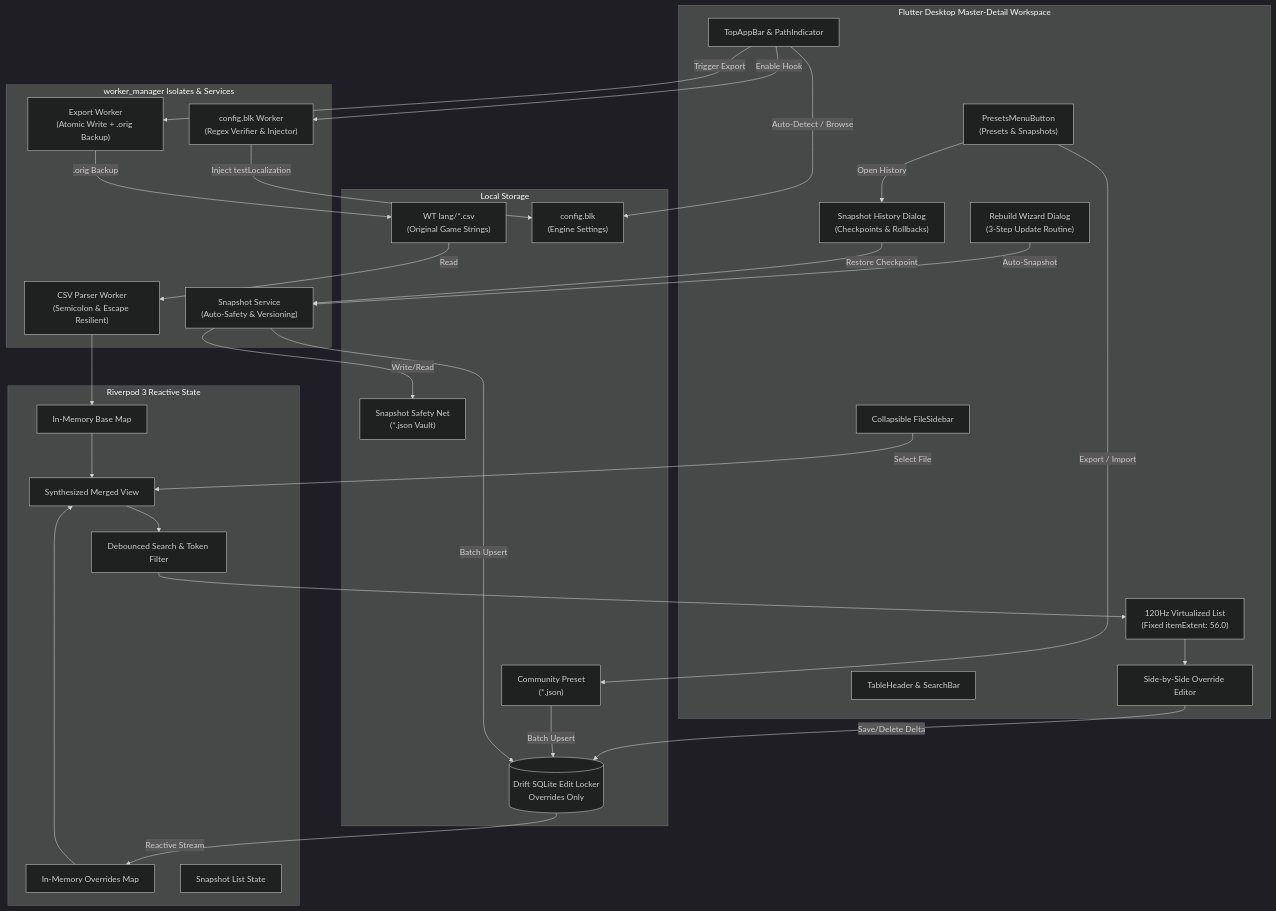
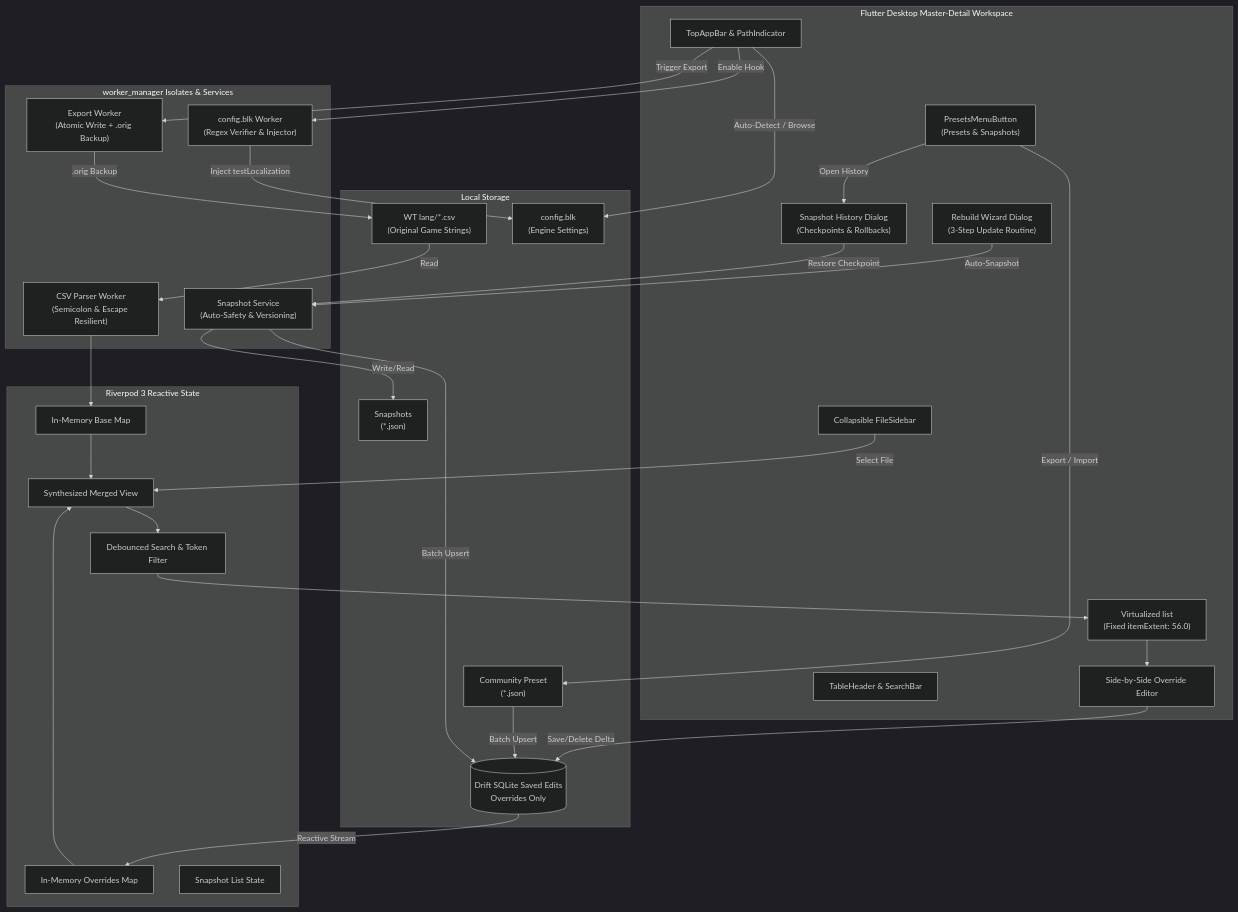
One commit to Vonarian/gramercy changed the diagram in README.md. Above: the diagram before and after it, drawn with Mermaid (dark theme). The commit also changed other lines of this file and 6 other files, not shown here.

````diff
--- a/README.md
+++ b/README.md
@@ -157,59 +161,59 @@
 ```mermaid
 flowchart TD
     subgraph Disk [Local Storage]
         WTCSV["WT lang/*.csv\n(Original Game Strings)"]
         WTConfig["config.blk\n(Engine Settings)"]
-        DB[(Drift SQLite Edit Locker\nOverrides Only)]
-        SnapshotVault["Snapshot Safety Net\n(*.json Vault)"]
+        DB[(Drift SQLite Saved Edits\nOverrides Only)]
+        SnapshotVault["Snapshots\n(*.json)"]
         PresetFile["Community Preset\n(*.json)"]
     end
 
     subgraph Background [worker_manager Isolates & Services]
         ParserWorker["CSV Parser Worker\n(Semicolon & Escape Resilient)"]
         ExportWorker["Export Worker\n(Atomic Write + .orig Backup)"]
         HookWorker["config.blk Worker\n(Regex Verifier & Injector)"]
         SnapService["Snapshot Service\n(Auto-Safety & Versioning)"]
     end
 
     subgraph Memory [Riverpod 3 Reactive State]
         BaseMap["In-Memory Base Map"]
         OverrideMap["In-Memory Overrides Map"]
         Synth["Synthesized Merged View"]
         Filter["Debounced Search & Token Filter"]
         SnapList["Snapshot List State"]
     end
 
     subgraph UI [Flutter Desktop Master-Detail Workspace]
         TopBar["TopAppBar & PathIndicator"]
         PresetBtn["PresetsMenuButton\n(Presets & Snapshots)"]
         SnapshotModal["Snapshot History Dialog\n(Checkpoints & Rollbacks)"]
         RebuildModal["Rebuild Wizard Dialog\n(3-Step Update Routine)"]
         Sidebar["Collapsible FileSidebar"]
         Header["TableHeader & SearchBar"]
-        AppUI["120Hz Virtualized List\n(Fixed itemExtent: 56.0)"]
+        AppUI["Virtualized list\n(Fixed itemExtent: 56.0)"]
         EditModal["Side-by-Side Override Editor"]
     end
 
     WTCSV -->|Read| ParserWorker
     ParserWorker --> BaseMap
     DB -->|Reactive Stream| OverrideMap
     BaseMap --> Synth
     OverrideMap --> Synth
     Synth --> Filter
     Filter --> AppUI
     Sidebar -->|Select File| Synth
     TopBar -->|Auto-Detect / Browse| WTConfig
     TopBar -->|Trigger Export| ExportWorker
     AppUI --> EditModal
     EditModal -->|Save/Delete Delta| DB
     ExportWorker -->|.orig Backup| WTCSV
     TopBar -->|Enable Hook| HookWorker
     HookWorker -->|Inject testLocalization| WTConfig
     PresetBtn -->|Export / Import| PresetFile
     PresetFile -->|Batch Upsert| DB
     PresetBtn -->|Open History| SnapshotModal
     RebuildModal -->|Auto-Snapshot| SnapService
     SnapService -->|Write/Read| SnapshotVault
     SnapshotModal -->|Restore Checkpoint| SnapService
     SnapService -->|Batch Upsert| DB
 ```
````
